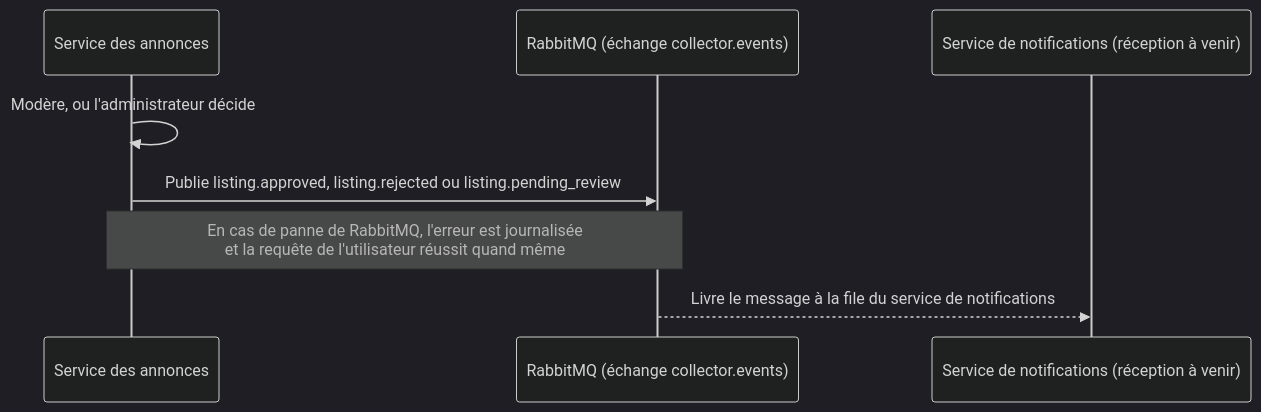
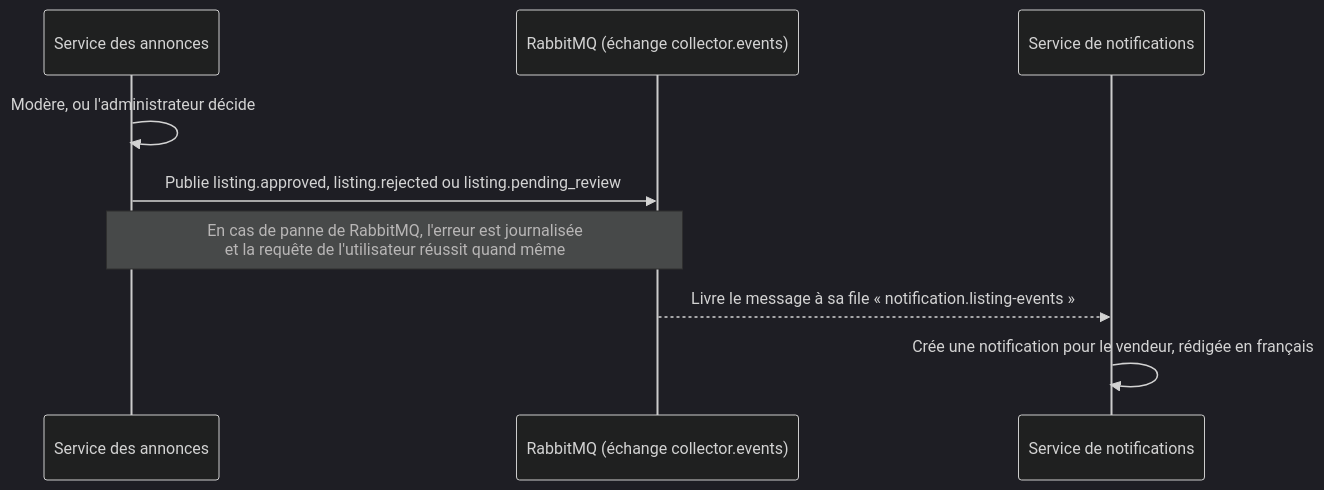
The sixth of 7 diagrams in docs/architecture.md (WALAAHAJJ/collector-indiv), drawn with Mermaid (dark theme) before and after one commit. The commit also changed 3 other files, not shown here.

Commit message:
docs: réception des événements par le service de notifications (README, architecture, tests, outils)

````diff
--- a/docs/architecture.md
+++ b/docs/architecture.md
@@ -114,10 +114,11 @@
 ```mermaid
 sequenceDiagram
     participant A as Service des annonces
     participant R as RabbitMQ (échange collector.events)
-    participant N as Service de notifications (réception à venir)
+    participant N as Service de notifications
     A->>A: Modère, ou l'administrateur décide
     A->>R: Publie listing.approved, listing.rejected ou listing.pending_review
     Note over A,R: En cas de panne de RabbitMQ, l'erreur est journalisée<br/>et la requête de l'utilisateur réussit quand même
-    R-->>N: Livre le message à la file du service de notifications
+    R-->>N: Livre le message à sa file « notification.listing-events »
+    N->>N: Crée une notification pour le vendeur, rédigée en français
 ```
````
